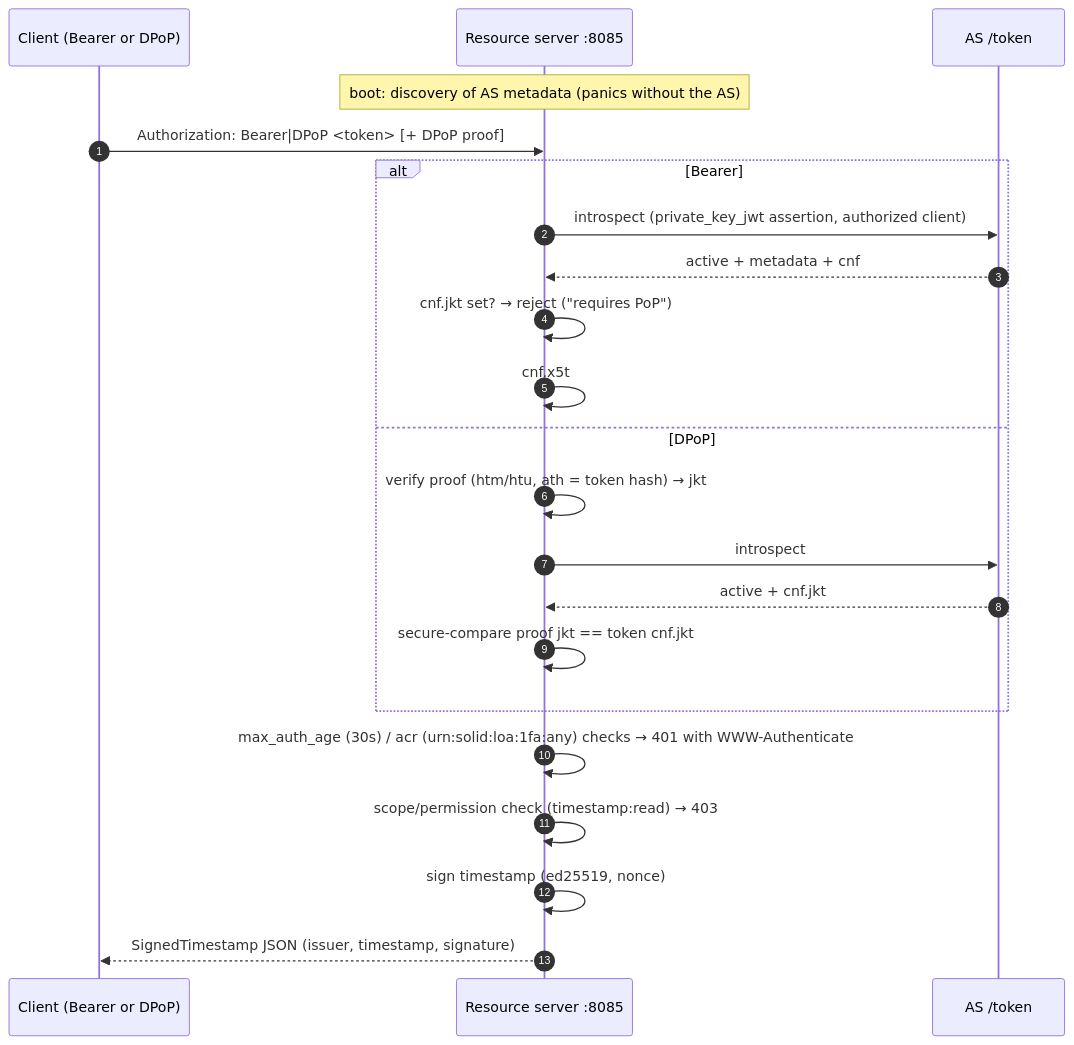
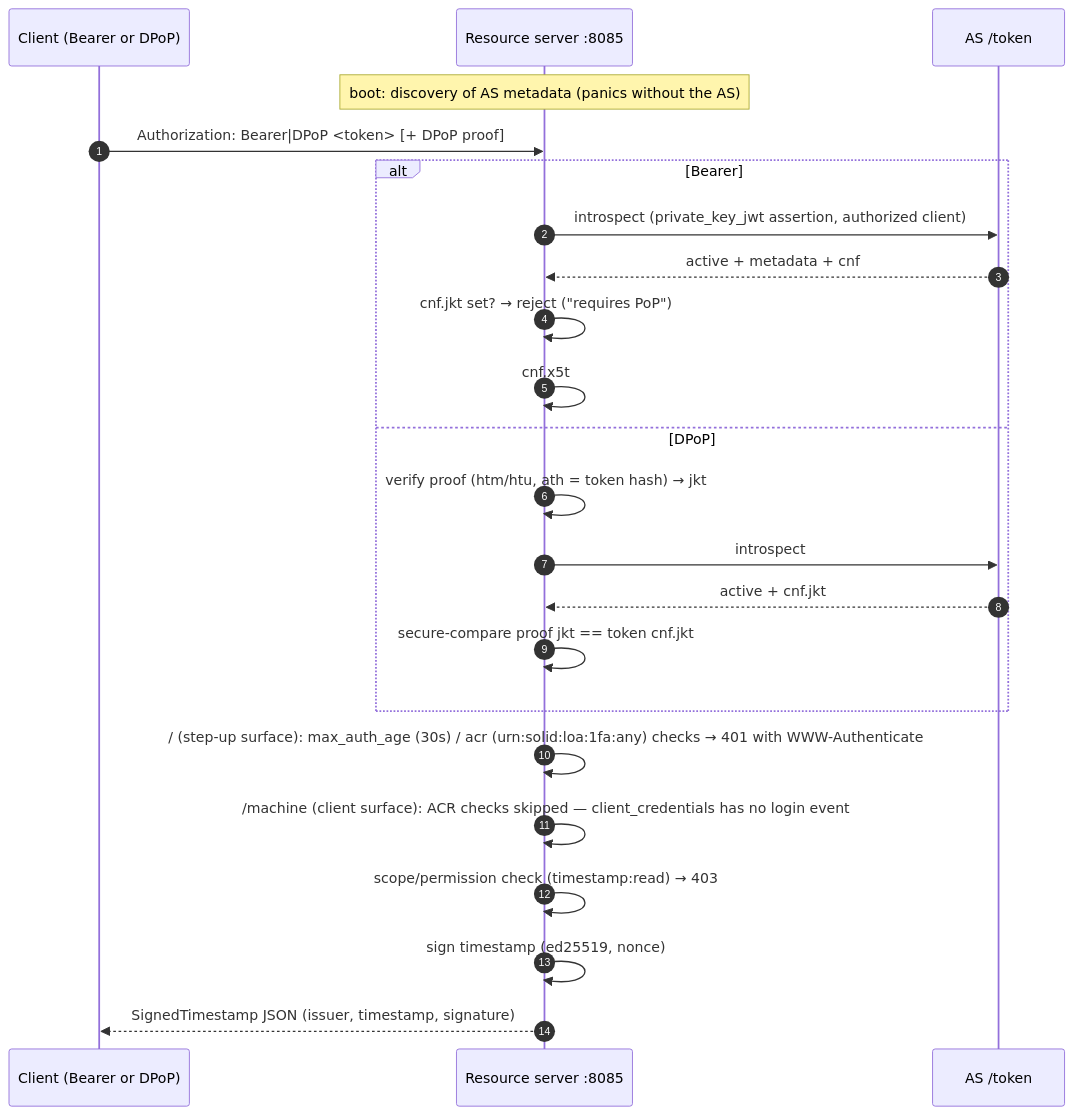
One commit to zntrio/solid changed the diagram in examples/resourceserver/README.md. Above: the diagram before and after it, drawn with Mermaid. The commit also changed other lines of this file and 47 other files, not shown here.

First line of the commit message:
feat(example): AI Agent + MCP + RS flow. (#143)

````diff
--- a/examples/resourceserver/README.md
+++ b/examples/resourceserver/README.md
@@ -23,25 +33,26 @@
 ```mermaid
 sequenceDiagram
     autonumber
     participant C as Client (Bearer or DPoP)
     participant R as Resource server :8085
     participant T as AS /token
 
     Note over R: boot: discovery of AS metadata (panics without the AS)
     C->>R: Authorization: Bearer|DPoP <token> [+ DPoP proof]
     alt Bearer
         R->>T: introspect (private_key_jwt assertion, authorized client)
         T-->>R: active + metadata + cnf
         R->>R: cnf.jkt set? → reject ("requires PoP")
         R->>R: cnf.x5t#S256 set? → require matching mTLS cert (RFC 8705 §3)
     else DPoP
         R->>R: verify proof (htm/htu, ath = token hash) → jkt
         R->>T: introspect
         T-->>R: active + cnf.jkt
         R->>R: secure-compare proof jkt == token cnf.jkt
     end
-    R->>R: max_auth_age (30s) / acr (urn:solid:loa:1fa:any) checks → 401 with WWW-Authenticate
+    R->>R: / (step-up surface): max_auth_age (30s) / acr (urn:solid:loa:1fa:any) checks → 401 with WWW-Authenticate
+    R->>R: /machine (client surface): ACR checks skipped — client_credentials has no login event
     R->>R: scope/permission check (timestamp:read) → 403
     R->>R: sign timestamp (ed25519, nonce)
     R-->>C: SignedTimestamp JSON (issuer, timestamp, signature)
 ```
````
